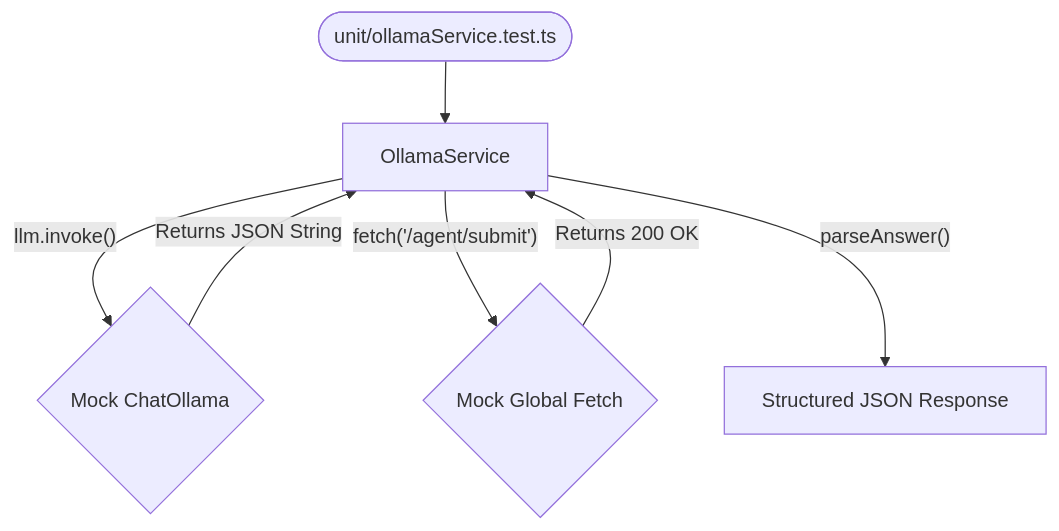
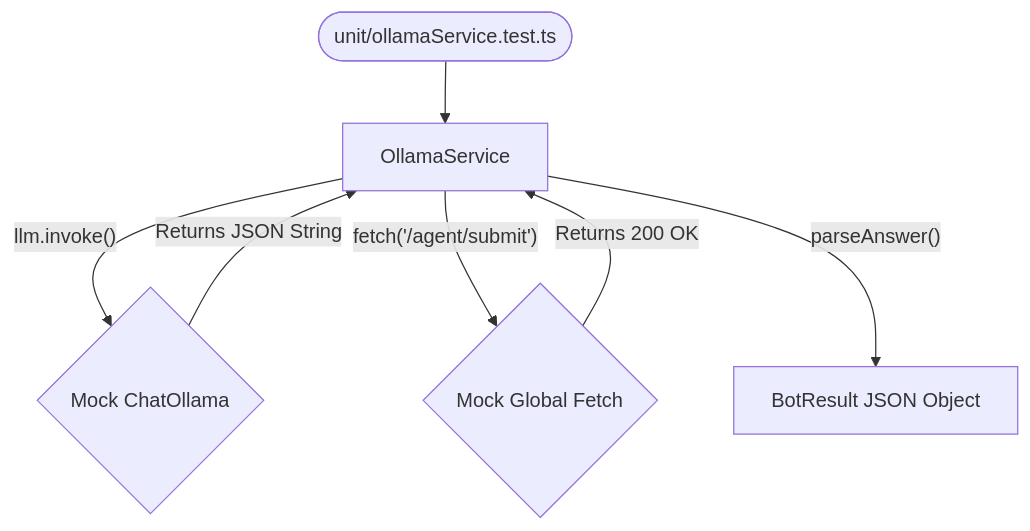
The third of 5 diagrams in docs/TEST_ARCHITECTURE.md (tienpham93/xcare-server), drawn with Mermaid before and after one commit. The commit also changed other lines of this file and 24 other files, not shown here.

````diff
--- a/docs/TEST_ARCHITECTURE.md
+++ b/docs/TEST_ARCHITECTURE.md
@@ -56,9 +59,9 @@
 ```mermaid
 graph TD
     Test([unit/ollamaService.test.ts]) --> OllService[OllamaService]
     OllService -- "llm.invoke()" --> MockLLM{Mock ChatOllama}
     OllService -- "fetch('/agent/submit')" --> MockFetch{Mock Global Fetch}
     MockLLM -- "Returns JSON String" --> OllService
     MockFetch -- "Returns 200 OK" --> OllService
-    OllService -- "parseAnswer()" --> Result[Structured JSON Response]
+    OllService -- "parseAnswer()" --> Result[BotResult JSON Object]
 ```
````
